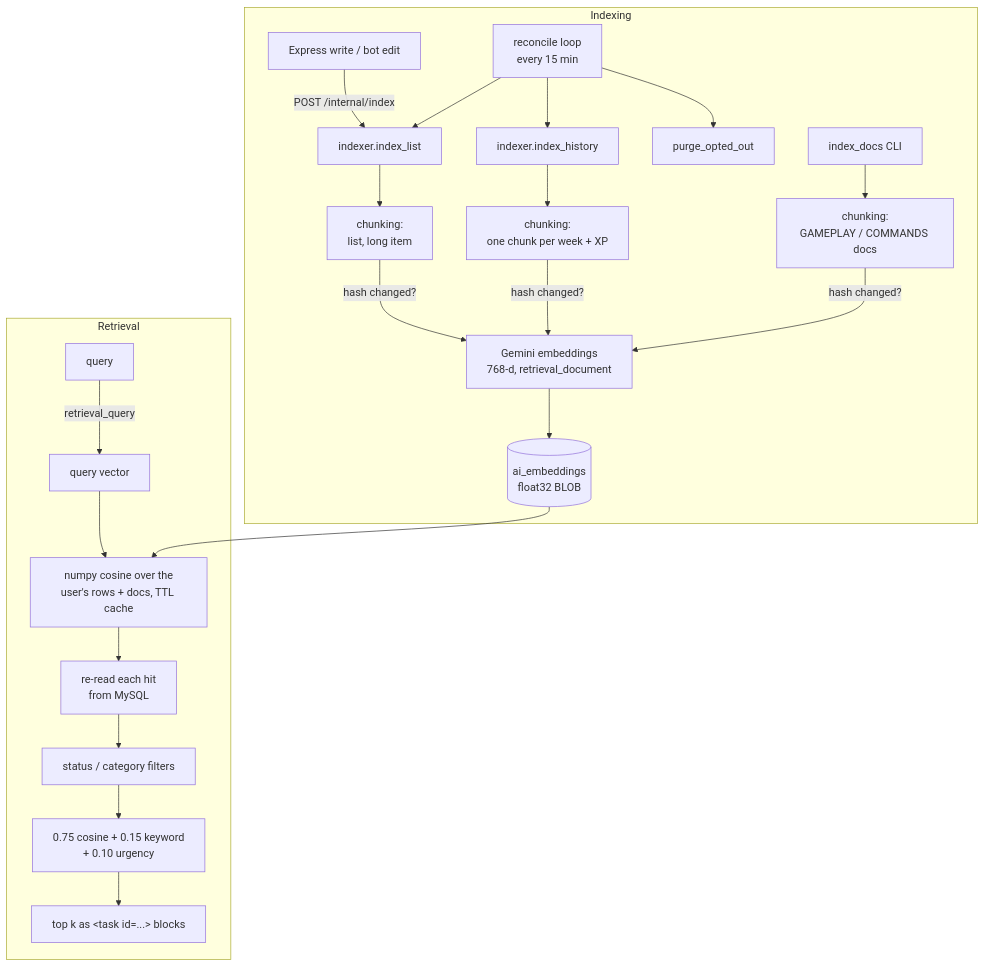
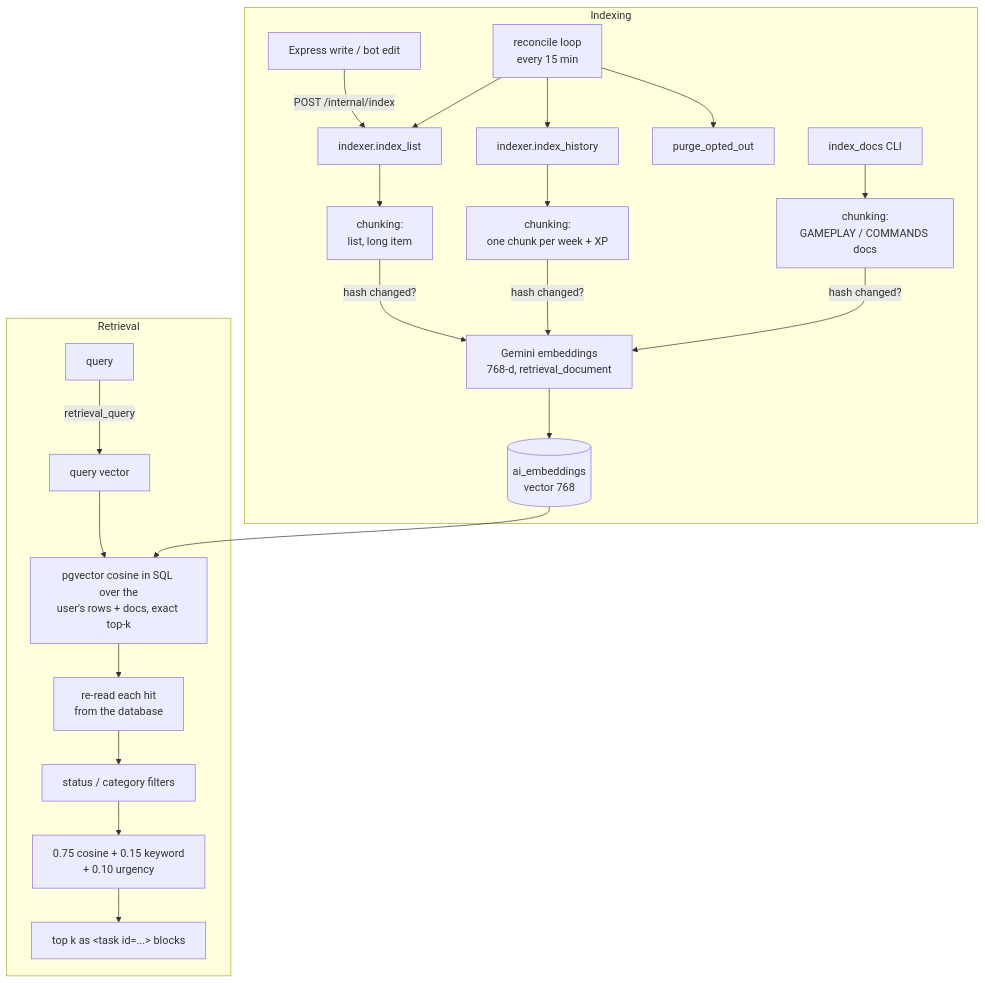
The second of 4 diagrams in docs/AI_ARCHITECTURE.md (Mist10148/TaskQuest-Application), drawn with Mermaid before and after one commit. The commit also changed other lines of this file and 19 other files, not shown here.

````diff
--- a/docs/AI_ARCHITECTURE.md
+++ b/docs/AI_ARCHITECTURE.md
@@ -59,23 +59,23 @@
 ```mermaid
 flowchart TB
     subgraph Indexing
         W[Express write / bot edit] -->|POST /internal/index| IX[indexer.index_list]
         R[reconcile loop<br/>every 15 min] --> IX
         R --> IH[indexer.index_history]
         R --> PO[purge_opted_out]
         IX --> CH[chunking:<br/>list, long item]
         IH --> CH2[chunking:<br/>one chunk per week + XP]
         D[index_docs CLI] --> CH3[chunking:<br/>GAMEPLAY / COMMANDS docs]
         CH & CH2 & CH3 -->|hash changed?| EMB[Gemini embeddings<br/>768-d, retrieval_document]
-        EMB --> STORE[(ai_embeddings<br/>float32 BLOB)]
+        EMB --> STORE[(ai_embeddings<br/>vector 768)]
     end
     subgraph Retrieval
         Q[query] -->|retrieval_query| QV[query vector]
-        QV --> SEARCH[numpy cosine over the<br/>user's rows + docs, TTL cache]
+        QV --> SEARCH[pgvector cosine in SQL over the<br/>user's rows + docs, exact top-k]
         STORE --> SEARCH
-        SEARCH --> FRESH[re-read each hit<br/>from MySQL]
+        SEARCH --> FRESH[re-read each hit<br/>from the database]
         FRESH --> FILTER[status / category filters]
         FILTER --> SCORE[0.75 cosine + 0.15 keyword<br/>+ 0.10 urgency]
         SCORE --> TOPK[top k as &lt;task id=...&gt; blocks]
     end
 ```
````
